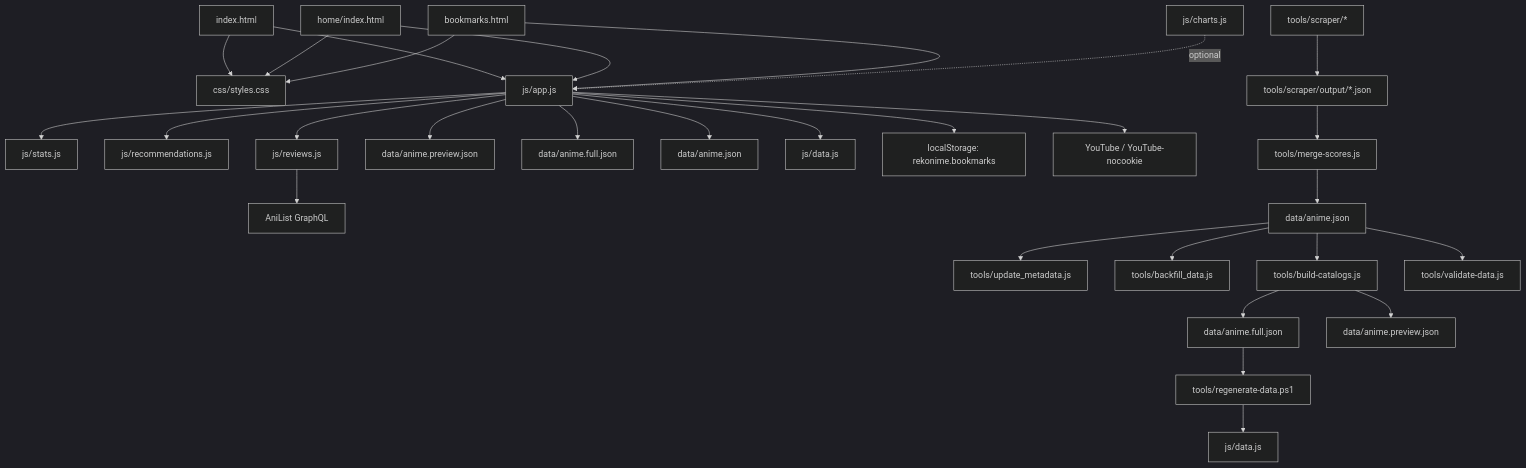
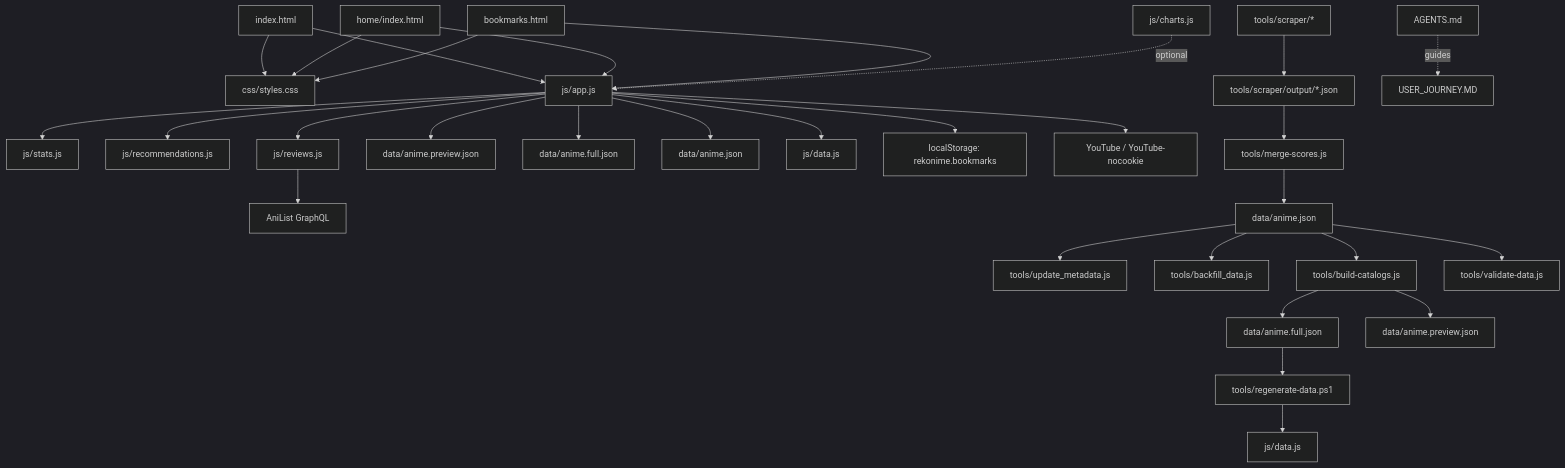
One commit to daffaghiffarykusuma/rekonime changed the diagram in AGENTS.md. Above: the diagram before and after it, drawn with Mermaid (dark theme). The commit also changed other lines of this file and 6 other files, not shown here.

````diff
--- a/AGENTS.md
+++ b/AGENTS.md
@@ -184,38 +187,41 @@
 ```mermaid
 flowchart TD
   %% Runtime entry points
   index[index.html] --> css[css/styles.css]
   index --> app[js/app.js]
   home[home/index.html] --> css
   home --> app
   bookmarks[bookmarks.html] --> css
   bookmarks --> app
 
   %% Runtime module dependencies
   app --> stats[js/stats.js]
   app --> recs[js/recommendations.js]
   app --> reviews[js/reviews.js]
   app --> dataPreview[data/anime.preview.json]
   app --> dataFull[data/anime.full.json]
   app --> dataLegacy[data/anime.json]
   app --> dataEmbed[js/data.js]
   app --> storage[localStorage: rekonime.bookmarks]
   reviews --> anilist[AniList GraphQL]
   app --> youtube[YouTube / YouTube-nocookie]
 
   %% Data pipeline
   scraper[tools/scraper/*] --> scores[tools/scraper/output/*.json]
   scores --> merge[tools/merge-scores.js]
   merge --> raw[data/anime.json]
   raw --> updateMeta[tools/update_metadata.js]
   raw --> backfill[tools/backfill_data.js]
   raw --> build[tools/build-catalogs.js]
   build --> full[data/anime.full.json]
   build --> preview[data/anime.preview.json]
   full --> regen[tools/regenerate-data.ps1]
   regen --> embed[js/data.js]
   raw --> validate[tools/validate-data.js]
 
   %% Optional charting (not wired by default)
   charts[js/charts.js] -. optional .-> app
+
+  %% Documentation (non-runtime)
+  agentsDoc[AGENTS.md] -. guides .-> journey[USER_JOURNEY.MD]
 ```
````
